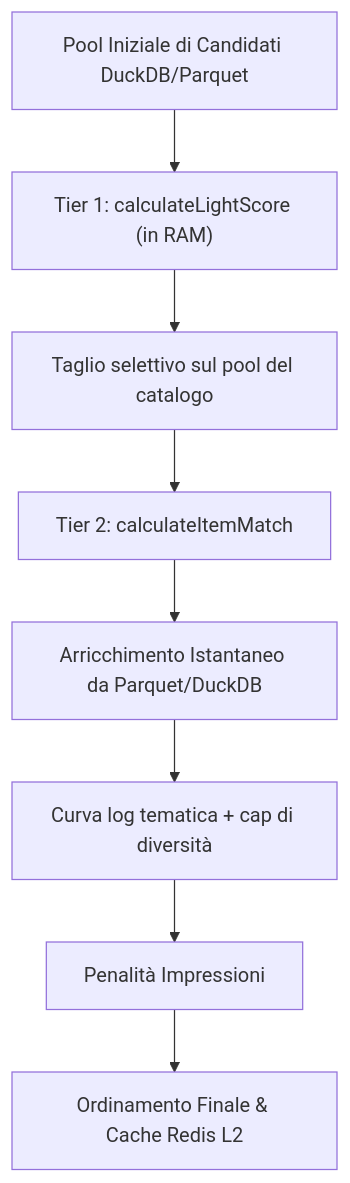
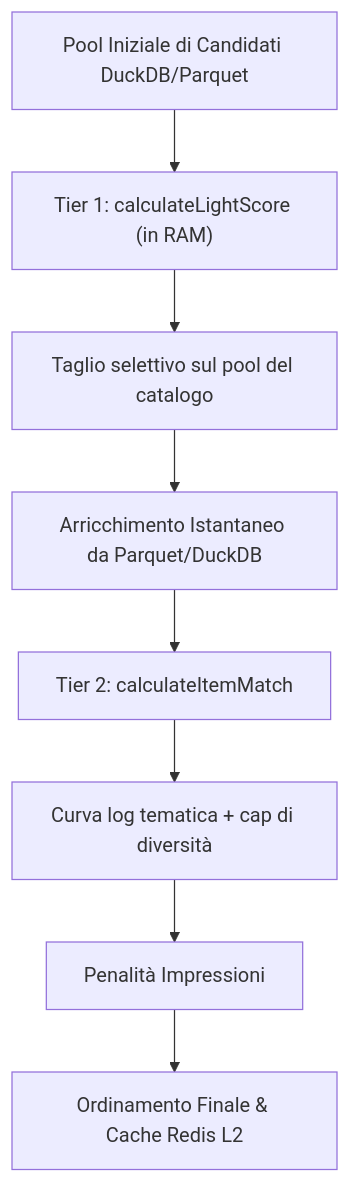
Before and after one commit to gabrielefuoco/YACA: the diagram in docs/ALGORITHMS.md, drawn with Mermaid. The commit also changed other lines of this file, not shown here.

First line of the commit message:
docs(algorithms): allinea l'ordine del diagramma e delle note al codice

````diff
--- a/docs/ALGORITHMS.md
+++ b/docs/ALGORITHMS.md
@@ -62,10 +61,10 @@
 ```mermaid
 graph TD
     A[Pool Iniziale di Candidati DuckDB/Parquet] --> B["Tier 1: calculateLightScore (in RAM)"]
     B --> C[Taglio selettivo sul pool del catalogo]
-    C --> D["Tier 2: calculateItemMatch"]
-    D --> E[Arricchimento Istantaneo da Parquet/DuckDB]
-    E --> F[Curva log tematica + cap di diversità]
+    C --> E[Arricchimento Istantaneo da Parquet/DuckDB]
+    E --> D["Tier 2: calculateItemMatch"]
+    D --> F[Curva log tematica + cap di diversità]
     F --> G[Penalità Impressioni]
     G --> H[Ordinamento Finale & Cache Redis L2]
 ```
````
